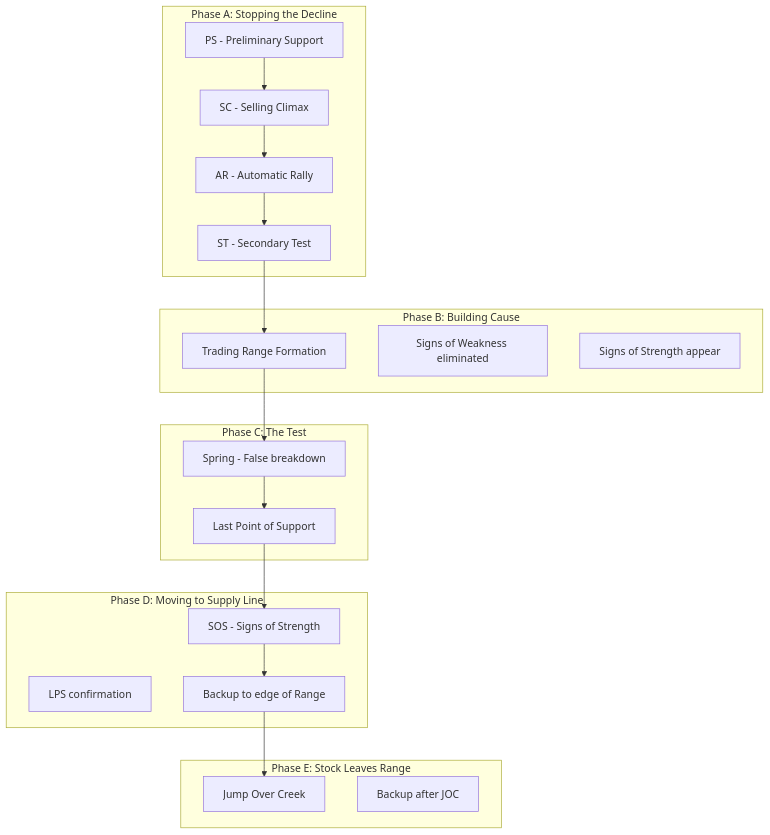
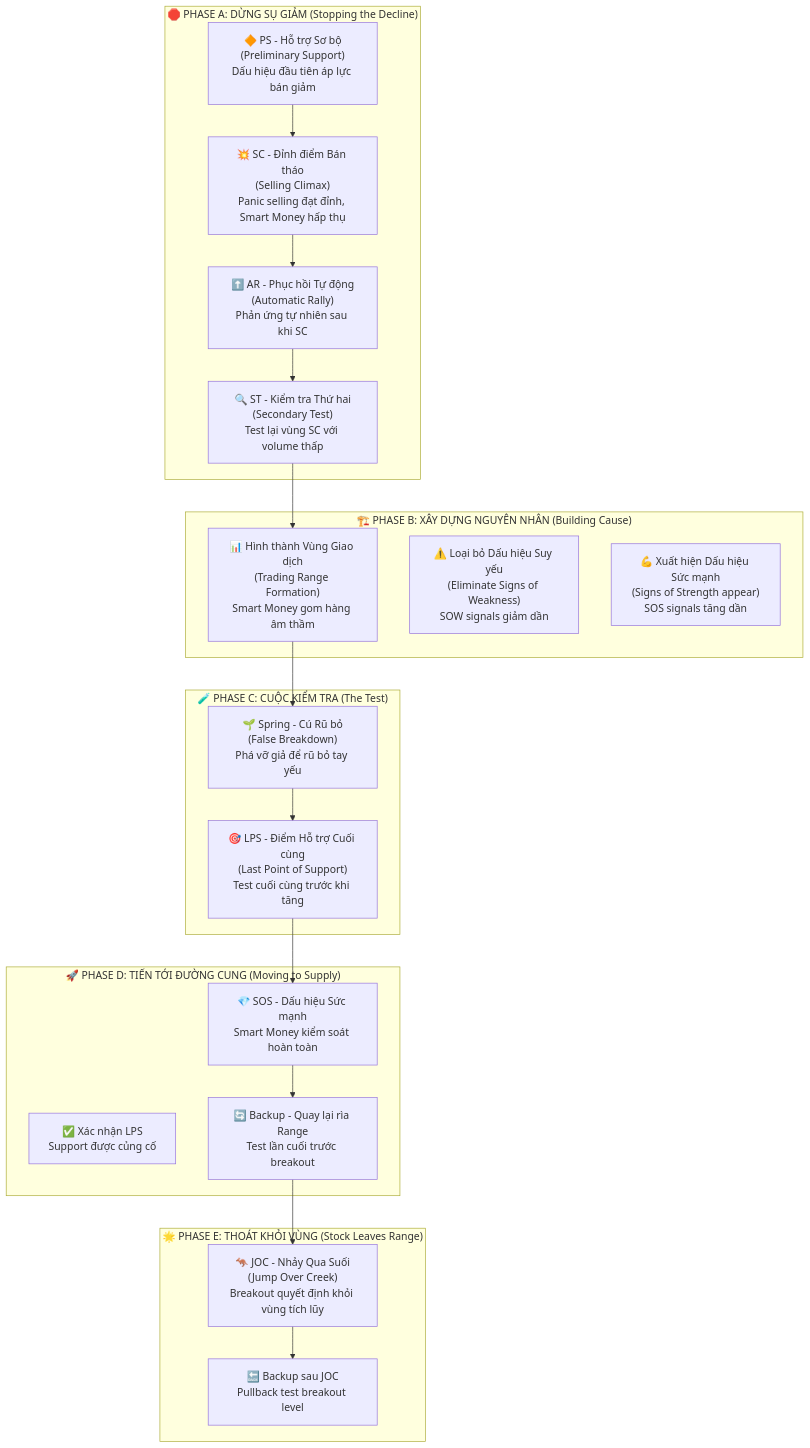
Before and after one commit to quanhua92/aipriceaction-old: the diagram in docs/tutorials/chapter-2-1-accumulation-phases.md, drawn with Mermaid. The commit also changed other lines of this file and 21 other files, not shown here.

````diff
--- a/docs/tutorials/chapter-2-1-accumulation-phases.md
+++ b/docs/tutorials/chapter-2-1-accumulation-phases.md
@@ -13,35 +19,36 @@
 ```mermaid
 flowchart TD
-    subgraph "Phase A: Stopping the Decline"
-        PS[PS - Preliminary Support]
-        SC[SC - Selling Climax]
-        AR[AR - Automatic Rally]
-        ST[ST - Secondary Test]
+    subgraph "🛑 PHASE A: DỪNG SỤ GIẢM (Stopping the Decline)"
+        PS["🔶 PS - Hỗ trợ Sơ bộ<br/>(Preliminary Support)<br/>Dấu hiệu đầu tiên áp lực bán giảm"]
+        SC["💥 SC - Đỉnh điểm Bán tháo<br/>(Selling Climax)<br/>Panic selling đạt đỉnh, Smart Money hấp thụ"]
+        AR["⬆️ AR - Phục hồi Tự động<br/>(Automatic Rally)<br/>Phản ứng tự nhiên sau khi SC"]
+        ST["🔍 ST - Kiểm tra Thứ hai<br/>(Secondary Test)<br/>Test lại vùng SC với volume thấp"]
     end
     
-    subgraph "Phase B: Building Cause"
-        TR[Trading Range Formation]
-        SOW[Signs of Weakness eliminated]
-        SOS[Signs of Strength appear]
+    subgraph "🏗️ PHASE B: XÂY DỰNG NGUYÊN NHÂN (Building Cause)"
+        TR["📊 Hình thành Vùng Giao dịch<br/>(Trading Range Formation)<br/>Smart Money gom hàng âm thầm"]
+        SOW["⚠️ Loại bỏ Dấu hiệu Suy yếu<br/>(Eliminate Signs of Weakness)<br/>SOW signals giảm dần"]
+        SOS["💪 Xuất hiện Dấu hiệu Sức mạnh<br/>(Signs of Strength appear)<br/>SOS signals tăng dần"]
     end
     
-    subgraph "Phase C: The Test"
-        Spring[Spring - False breakdown]
-        LPS[Last Point of Support]
+    subgraph "🧪 PHASE C: CUỘC KIỂM TRA (The Test)"
+        Spring["🌱 Spring - Cú Rũ bỏ<br/>(False Breakdown)<br/>Phá vỡ giả để rũ bỏ tay yếu"]
+        LPS["🎯 LPS - Điểm Hỗ trợ Cuối cùng<br/>(Last Point of Support)<br/>Test cuối cùng trước khi tăng"]
     end
     
-    subgraph "Phase D: Moving to Supply Line"
-        SOS2[SOS - Signs of Strength]
-        LPS2[LPS confirmation]
-        BU[Backup to edge of Range]
+    subgraph "🚀 PHASE D: TIẾN TỚI ĐƯỜNG CUNG (Moving to Supply)"
+        SOS2["💎 SOS - Dấu hiệu Sức mạnh<br/>Smart Money kiểm soát hoàn toàn"]
+        LPS2["✅ Xác nhận LPS<br/>Support được củng cố"]
+        BU["🔄 Backup - Quay lại rìa Range<br/>Test lần cuối trước breakout"]
     end
     
-    subgraph "Phase E: Stock Leaves Range"
-        JOC[Jump Over Creek]
-        BU2[Backup after JOC]
+    subgraph "🌟 PHASE E: THOÁT KHỎI VÙNG (Stock Leaves Range)"
+        JOC["🦘 JOC - Nhảy Qua Suối<br/>(Jump Over Creek)<br/>Breakout quyết định khỏi vùng tích lũy"]
+        BU2["🔙 Backup sau JOC<br/>Pullback test breakout level"]
     end
     
     PS --> SC --> AR --> ST
     ST --> TR --> Spring --> LPS
     LPS --> SOS2 --> BU --> JOC
+    JOC --> BU2
 ```
````
